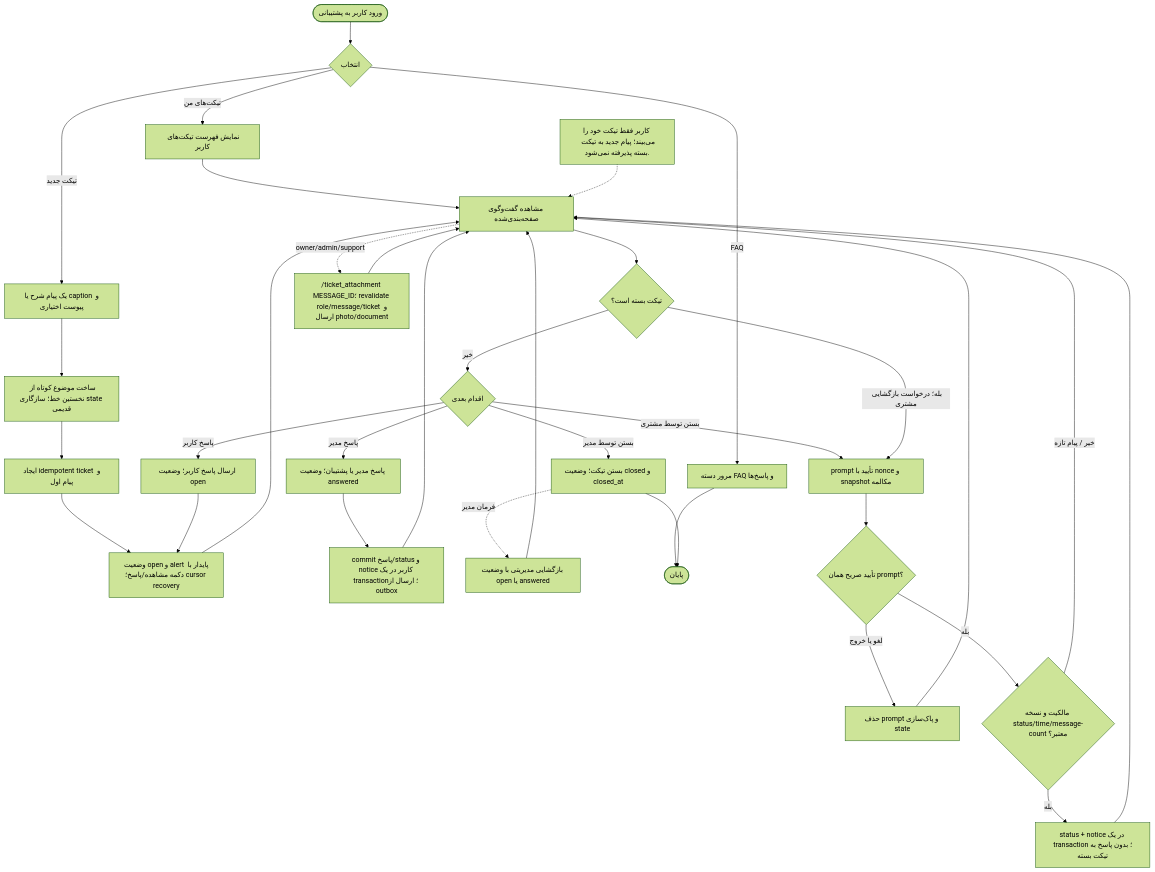
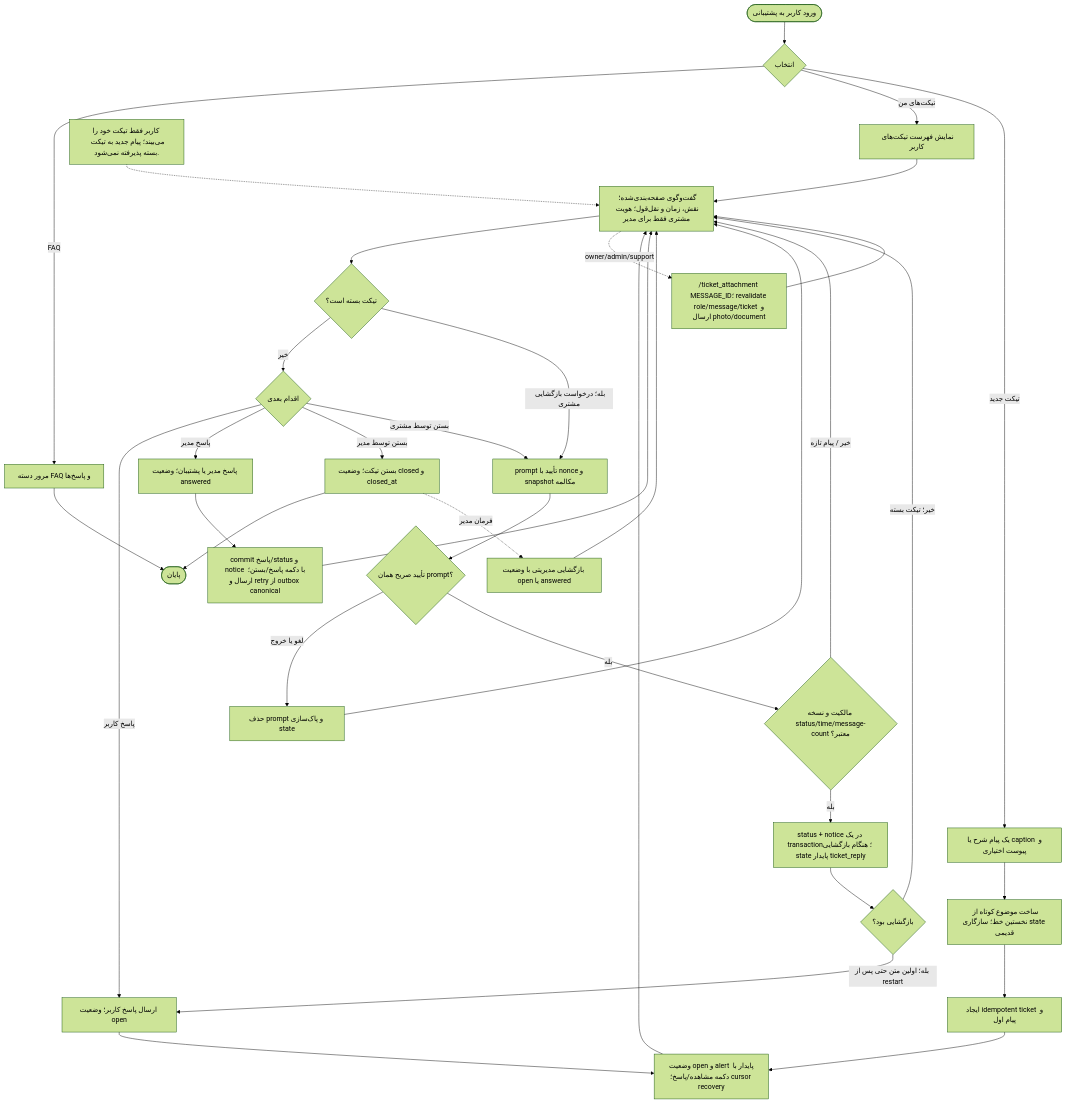
One commit to mohamadkheiry/aibotTelegram changed the diagram in docs/diagrams/11-activity-support-ticket.mmd. Above: the diagram before and after it, drawn with Mermaid (forest theme). The commit also changed 26 other files, not shown here.

```diff
--- a/docs/diagrams/11-activity-support-ticket.mmd
+++ b/docs/diagrams/11-activity-support-ticket.mmd
@@ -1,41 +1,44 @@
 flowchart TD
     A(["ورود کاربر به پشتیبانی"])
     B{"انتخاب"}
     C["مرور دسته FAQ و پاسخ‌ها"]
     D["نمایش فهرست تیکت‌های کاربر"]
     E["یک پیام شرح یا caption و پیوست اختیاری"]
     F["ساخت موضوع کوتاه از نخستین خط؛ سازگاری state قدیمی"]
     G["ایجاد idempotent ticket و پیام اول"]
     H["وضعیت open و alert پایدار با دکمه مشاهده/پاسخ؛ cursor recovery"]
-    I["مشاهده گفت‌وگوی صفحه‌بندی‌شده"]
+    I["گفت‌وگوی صفحه‌بندی‌شده؛ نقش، زمان و نقل‌قول؛ هویت مشتری فقط برای مدیر"]
     J{"تیکت بسته است؟"}
     K["ارسال پاسخ کاربر؛ وضعیت open"]
     L["پاسخ مدیر یا پشتیبان؛ وضعیت answered"]
-    M["commit پاسخ/status و notice کاربر در یک transaction؛ ارسال از outbox"]
+    M["commit پاسخ/status و notice با دکمه پاسخ/بستن؛ ارسال و retry از outbox canonical"]
     N{"اقدام بعدی"}
     O["بستن تیکت؛ وضعیت closed و closed_at"]
     P["بازگشایی مدیریتی با وضعیت open یا answered"]
     R["/ticket_attachment MESSAGE_ID؛ revalidate role/message/ticket و ارسال photo/document"]
     Z(["پایان"])
 
     A --> B
     B -->|"FAQ"| C --> Z
     B -->|"تیکت‌های من"| D --> I
     B -->|"تیکت جدید"| E --> F --> G --> H --> I
     I --> J
     J -->|"خیر"| N
     N -->|"پاسخ کاربر"| K --> H
     N -->|"پاسخ مدیر"| L --> M --> I
     N -->|"بستن توسط مدیر"| O --> Z
     N -->|"بستن توسط مشتری"| Confirm
     J -->|"بله؛ درخواست بازگشایی مشتری"| Confirm
     Confirm["prompt تأیید با nonce و snapshot مکالمه"] --> Choice{"تأیید صریح همان prompt؟"}
     Choice -->|"لغو یا خروج"| Cancel["حذف prompt و پاک‌سازی state"] --> I
     Choice -->|"بله"| Guard{"مالکیت و نسخه status/time/message-count معتبر؟"}
     Guard -->|"خیر / پیام تازه"| I
-    Guard -->|"بله"| Atomic["status + notice در یک transaction؛ بدون پاسخ به تیکت بسته"] --> I
+    Guard -->|"بله"| Atomic["status + notice در یک transaction؛ هنگام بازگشایی state پایدار ticket_reply"]
+    Atomic --> Reopened{"بازگشایی بود؟"}
+    Reopened -->|"بله؛ اولین متن حتی پس از restart"| K
+    Reopened -->|"خیر؛ تیکت بسته"| I
     O -.->|"فرمان مدیر"| P --> I
     I -.->|"owner/admin/support"| R --> I
 
     Access["کاربر فقط تیکت خود را می‌بیند؛ پیام جدید به تیکت بسته پذیرفته نمی‌شود."]
     Access -.-> I
```
